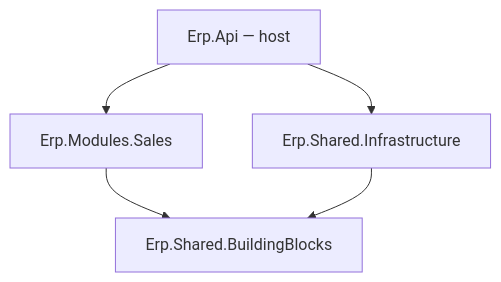
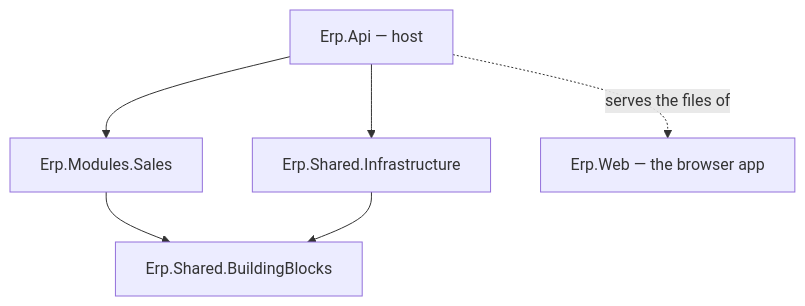
The first of 2 diagrams in plan-business-tutorial/01-solution-setup.md (Dyastinn/Modular-monolith), drawn with Mermaid before and after one commit. The commit also changed other lines of this file and 37 other files, not shown here.

````diff
--- a/plan-business-tutorial/01-solution-setup.md
+++ b/plan-business-tutorial/01-solution-setup.md
@@ -72,7 +75,8 @@
 ```mermaid
 flowchart TD
   Api[Erp.Api — host] --> Sales[Erp.Modules.Sales]
   Api --> Infra[Erp.Shared.Infrastructure]
+  Api -. serves the files of .-> Web[Erp.Web — the browser app]
   Sales --> BB[Erp.Shared.BuildingBlocks]
   Infra --> BB
 ```
````
